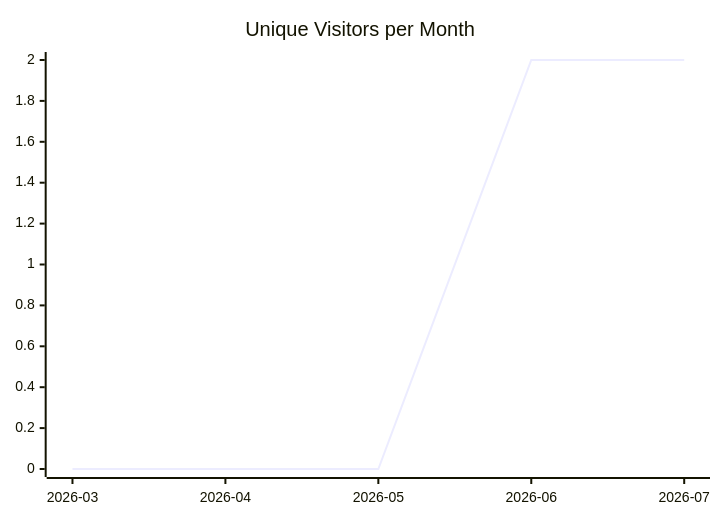
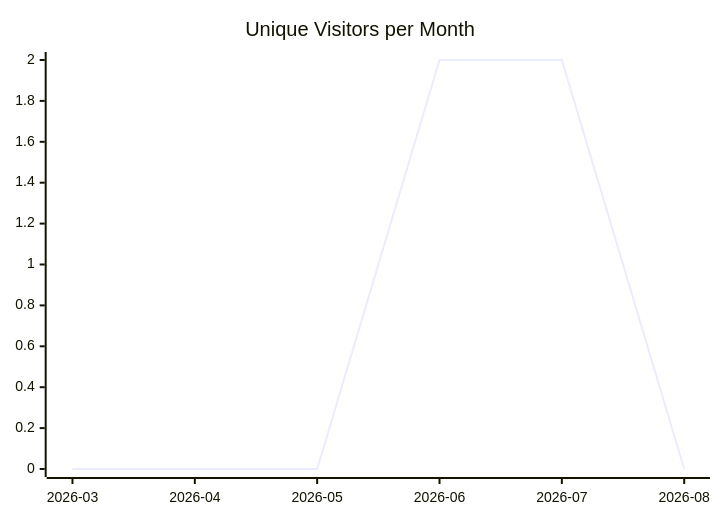
Before and after one commit to justdavis-family/github-analytics-data: the first of 3 diagrams in karlmdavis/dotfiles/README.md, drawn with Mermaid. The commit also changed other lines of this file and 132 other files, not shown here.

````diff
--- a/karlmdavis/dotfiles/README.md
+++ b/karlmdavis/dotfiles/README.md
@@ -5,6 +5,6 @@
 ```mermaid
 xychart-beta
   title "Unique Visitors per Month"
-  x-axis ["2026-03", "2026-04", "2026-05", "2026-06", "2026-07"]
-  line [0, 0, 0, 2, 2]
+  x-axis ["2026-03", "2026-04", "2026-05", "2026-06", "2026-07", "2026-08"]
+  line [0, 0, 0, 2, 2, 0]
 ```
````
